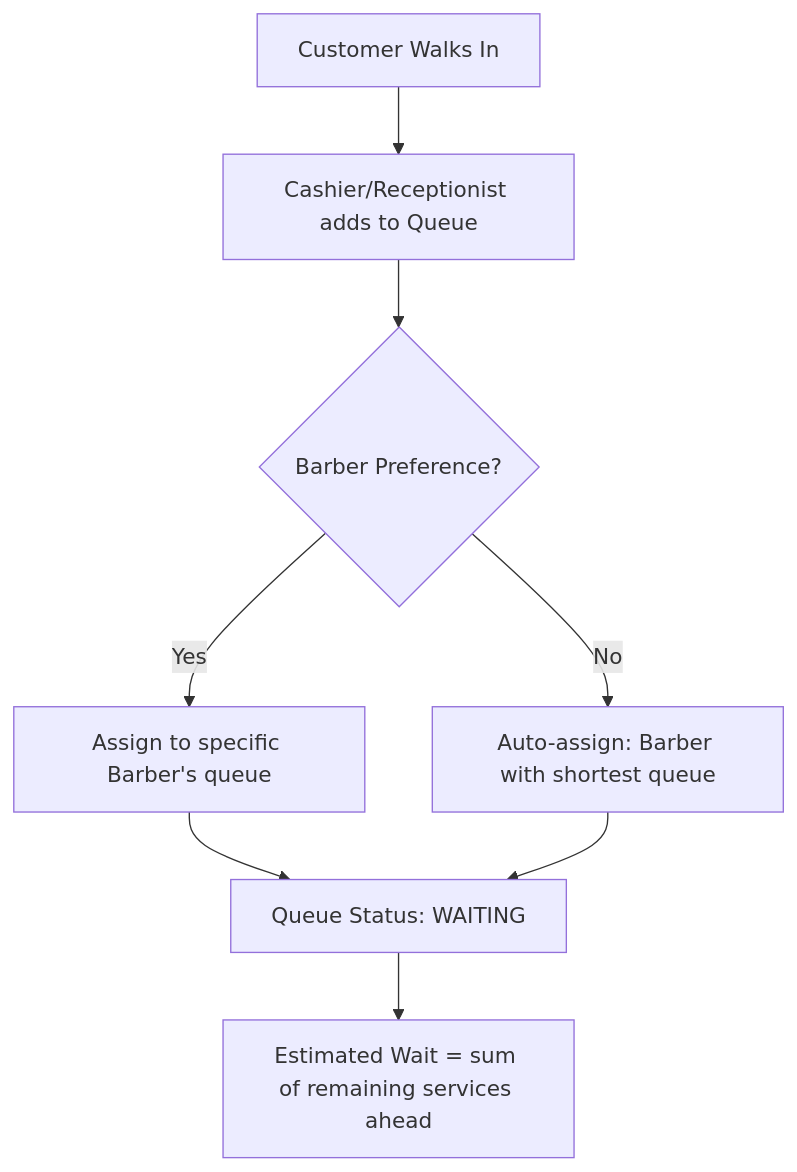
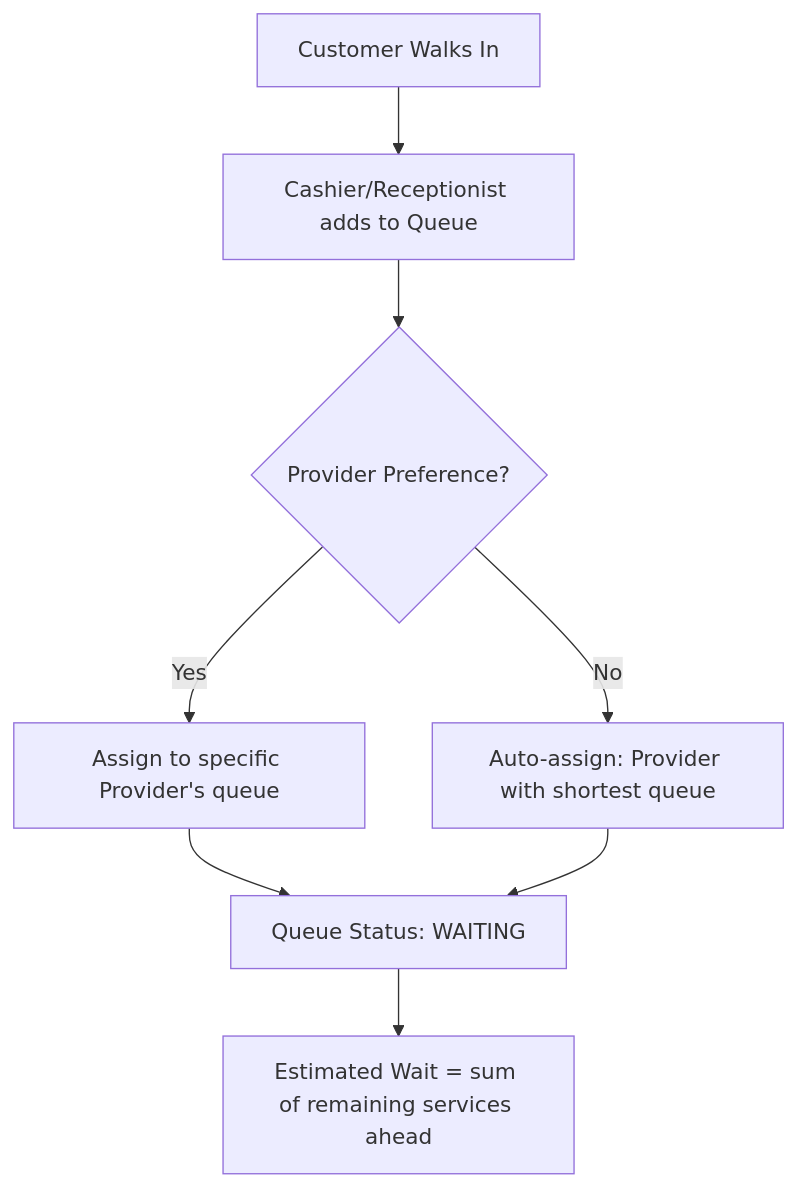
Before and after one commit to fitzfitz/bs-project: the second of 8 diagrams in docs/business_logic.md, drawn with Mermaid. The commit also changed other lines of this file and 628 other files, not shown here.

````diff
--- a/docs/business_logic.md
+++ b/docs/business_logic.md
@@ -40,10 +43,10 @@
 ```mermaid
 flowchart TD
     A["Customer Walks In"] --> B["Cashier/Receptionist adds to Queue"]
-    B --> C{"Barber Preference?"}
-    C -->|Yes| D["Assign to specific Barber's queue"]
-    C -->|No| E["Auto-assign: Barber with shortest queue"]
+    B --> C{"Provider Preference?"}
+    C -->|Yes| D["Assign to specific Provider's queue"]
+    C -->|No| E["Auto-assign: Provider with shortest queue"]
     D --> F["Queue Status: WAITING"]
     E --> F
     F --> G["Estimated Wait = sum of remaining services ahead"]
 ```
````
